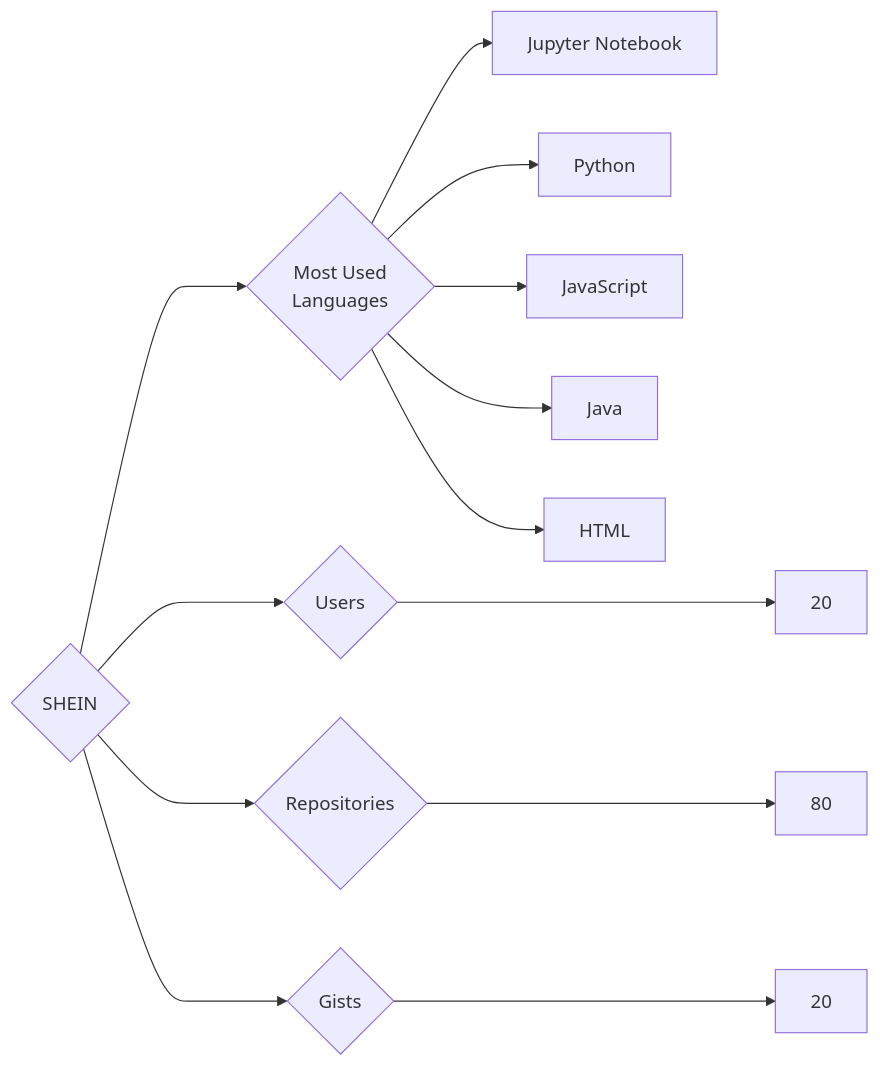
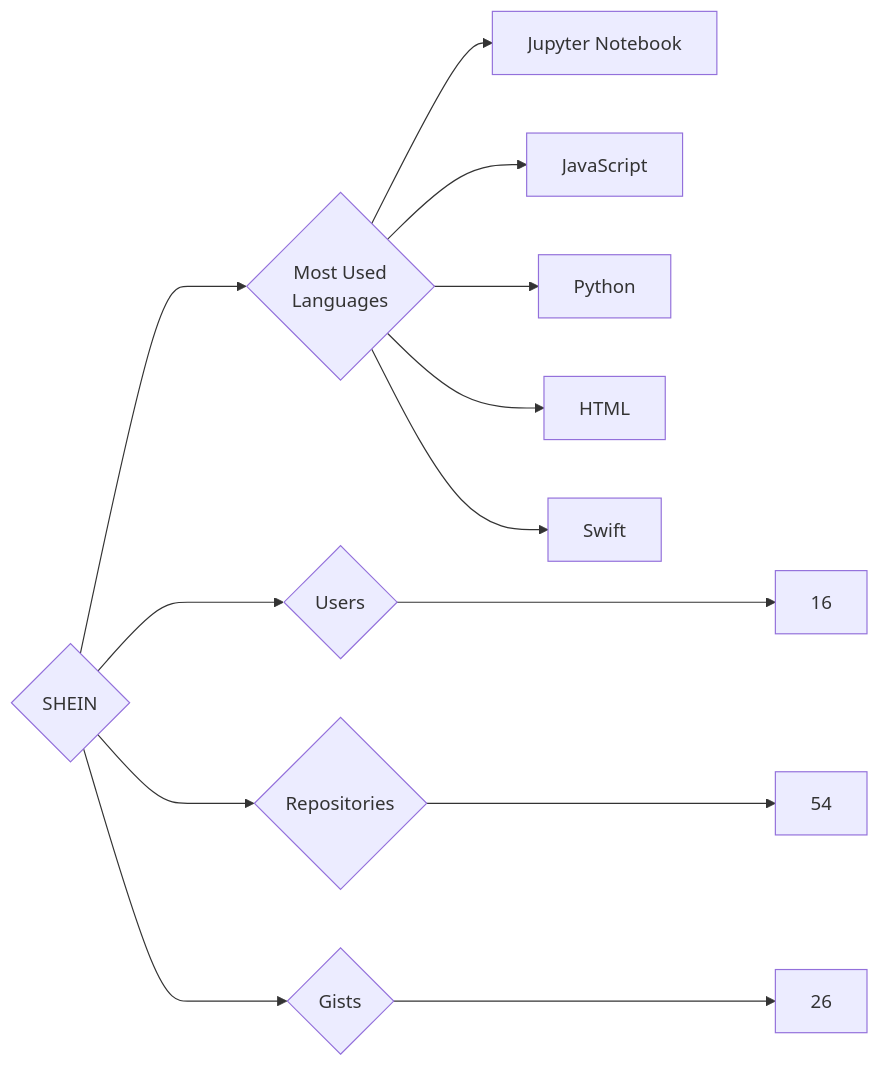
The diagram in targets/SHEIN/README.md (trickest/insiders), drawn with Mermaid before and after one commit. The commit also changed 728 other files, not shown here.

````diff
--- a/targets/SHEIN/README.md
+++ b/targets/SHEIN/README.md
@@ -3,13 +3,13 @@
 ```mermaid
 graph LR
 COMPANY_NAME{SHEIN}
-COMPANY_NAME ---> U{Users} ---> UN[20]
-COMPANY_NAME ---> R{Repositories} ---> RN[80]
-COMPANY_NAME ---> G{Gists} ---> GN[20]
+COMPANY_NAME ---> U{Users} ---> UN[16]
+COMPANY_NAME ---> R{Repositories} ---> RN[54]
+COMPANY_NAME ---> G{Gists} ---> GN[26]
 COMPANY_NAME ---> ML{Most Used<br>Languages}
 ML --> Jupyter_Notebook[Jupyter Notebook]
+ML --> JavaScript[JavaScript]
 ML --> Python[Python]
-ML --> JavaScript[JavaScript]
-ML --> Java[Java]
 ML --> HTML[HTML]
+ML --> Swift[Swift]
 ```
````
